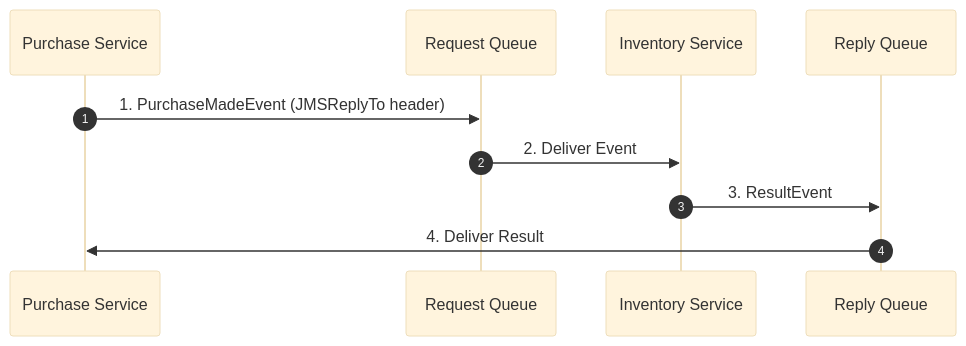
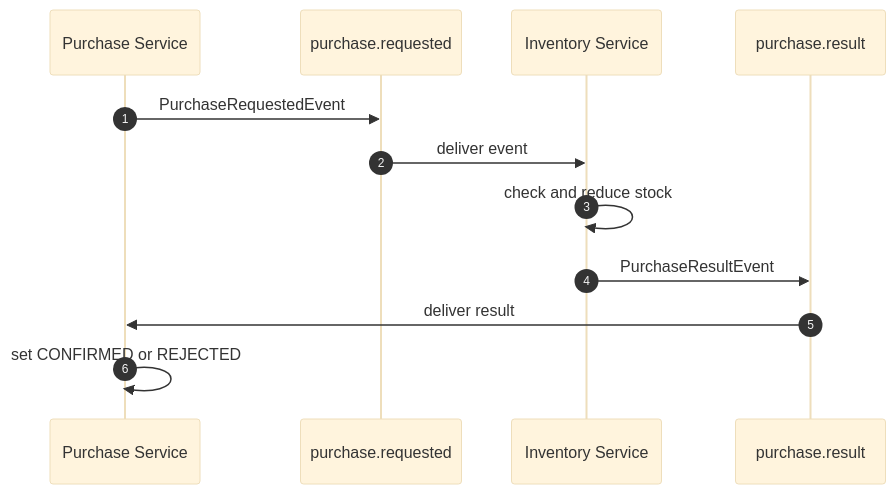
The seventh of 13 diagrams in docs/_drafts/thesis-concepts.md (mohamad4444/cloud-native-purchase-system), drawn with Mermaid (base theme) before and after one commit. The commit also changed other lines of this file and 5 other files, not shown here.

Commit message:
docs: correct diagram inaccuracies found in source-code review

````diff
--- a/docs/_drafts/thesis-concepts.md
+++ b/docs/_drafts/thesis-concepts.md
@@ -151,12 +157,14 @@
 ```mermaid
 sequenceDiagram
   autonumber
   participant P as Purchase Service
-  participant RQ as Request Queue
+  participant RQ as purchase.requested
   participant I as Inventory Service
-  participant PQ as Reply Queue
-  P->>RQ: 1. PurchaseMadeEvent (JMSReplyTo header)
-  RQ->>I: 2. Deliver Event
-  I->>PQ: 3. ResultEvent
-  PQ->>P: 4. Deliver Result
+  participant PQ as purchase.result
+  P->>RQ: PurchaseRequestedEvent
+  RQ->>I: deliver event
+  I->>I: check and reduce stock
+  I->>PQ: PurchaseResultEvent
+  PQ->>P: deliver result
+  P->>P: set CONFIRMED or REJECTED
 ```
````
